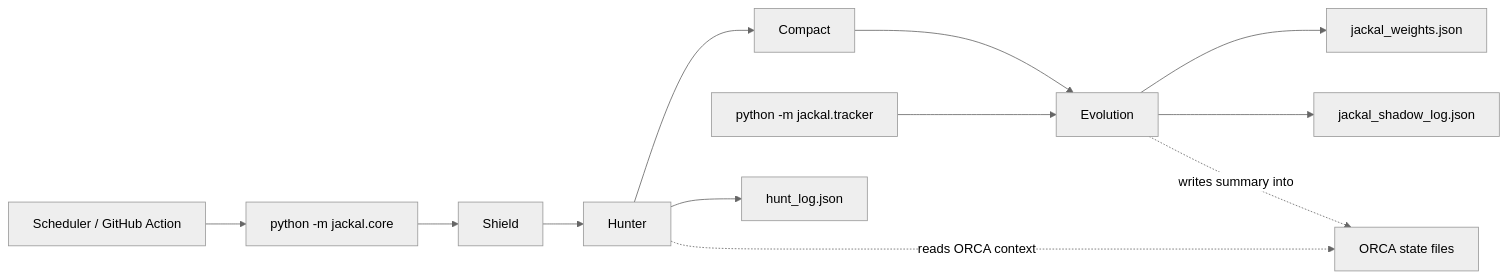
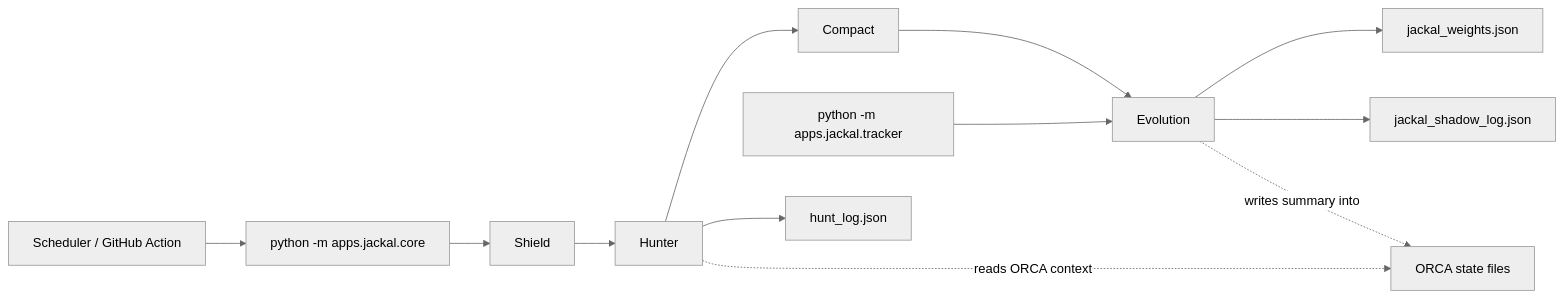
Before and after one commit to chominwoocho88-cloud/O.R.C.A: the second of 3 diagrams in docs/orca_v2_architecture.md, drawn with Mermaid (neutral theme). The commit also changed other lines of this file and 40 other files, not shown here.

````diff
--- a/docs/orca_v2_architecture.md
+++ b/docs/orca_v2_architecture.md
@@ -44,14 +44,14 @@
 ```mermaid
 flowchart LR
-  A["Scheduler / GitHub Action"] --> B["python -m jackal.core"]
+  A["Scheduler / GitHub Action"] --> B["python -m apps.jackal.core"]
   B --> C["Shield"]
   C --> D["Hunter"]
   D --> E["Compact"]
   E --> F["Evolution"]
-  G["python -m jackal.tracker"] --> F
+  G["python -m apps.jackal.tracker"] --> F
   D --> H["hunt_log.json"]
   F --> I["jackal_weights.json"]
   F --> J["jackal_shadow_log.json"]
   D -. reads ORCA context .-> K["ORCA state files"]
   F -. writes summary into .-> K
 ```
````
